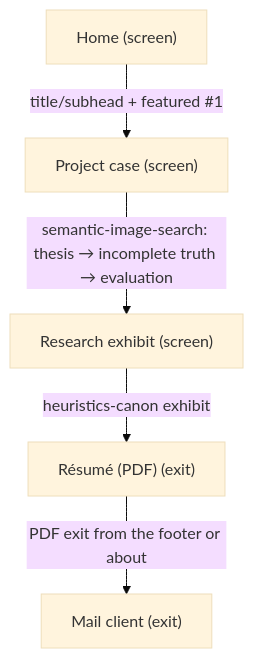
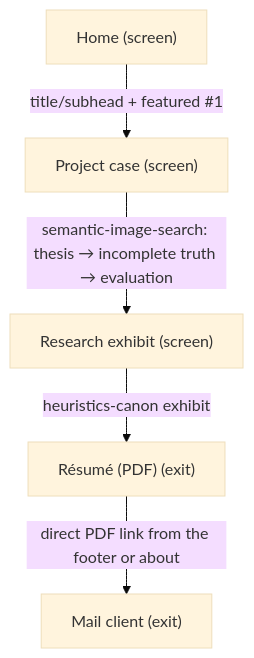
Before and after one commit to darce/darce.github.io: the second of 7 diagrams in docs/ux-maps/darce-xyz.uxmap.md, drawn with Mermaid (base theme). The commit also changed other lines of this file and 1 other file, not shown here.

First line of the commit message:
Sync the ux-map to the direct résumé link and the rest-state footer stroke

````diff
--- a/docs/ux-maps/darce-xyz.uxmap.md
+++ b/docs/ux-maps/darce-xyz.uxmap.md
@@ -319,13 +319,13 @@
 ```mermaid
 flowchart TD
   %% flow: Land → SIS case → heuristics canon → résumé PDF → contact job=job-assess-design-judgment
   n_landing["Home (screen)"]
   n_project_detail["Project case (screen)"]
   n_landing -->|title/subhead + featured #1| n_project_detail
   n_research_detail["Research exhibit (screen)"]
   n_project_detail -->|semantic-image-search: thesis → incomplete truth → evaluation| n_research_detail
   n_resume["Résumé (PDF) (exit)"]
   n_research_detail -->|heuristics-canon exhibit| n_resume
   n_exit_mailto["Mail client (exit)"]
-  n_resume -->|PDF exit from the footer or about| n_exit_mailto
+  n_resume -->|direct PDF link from the footer or about| n_exit_mailto
 ```
````
